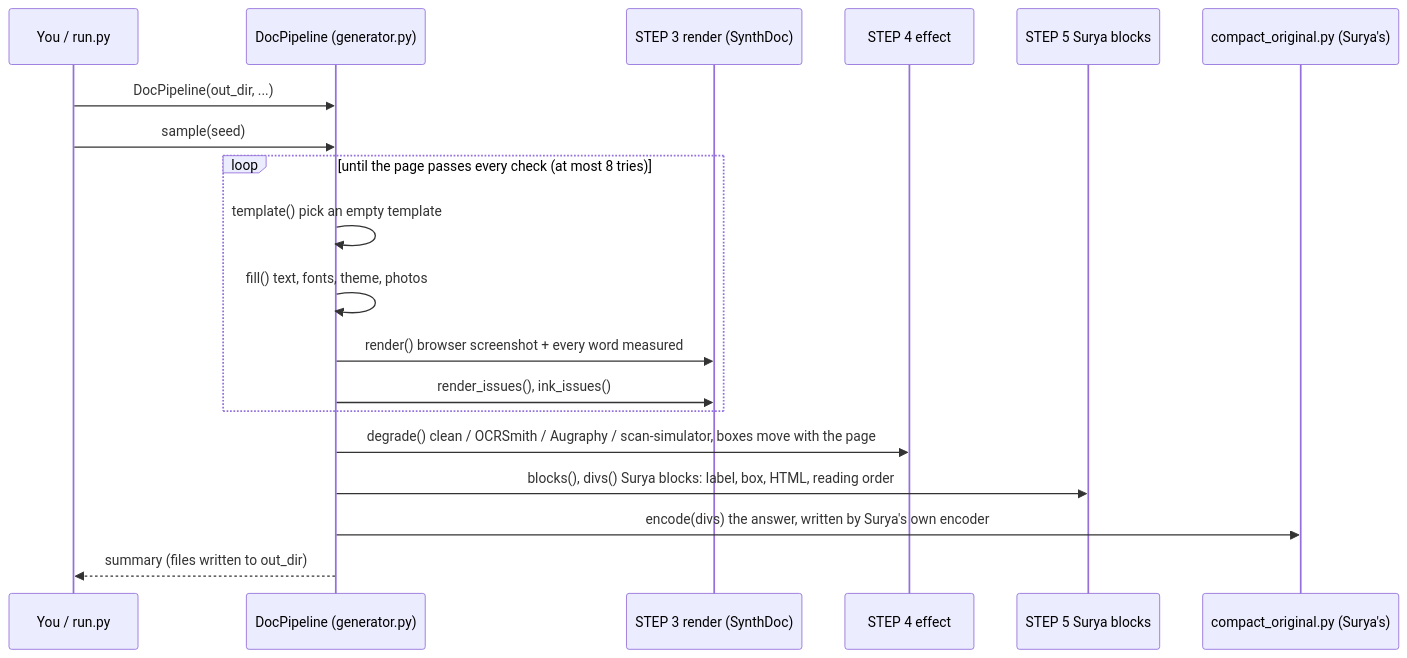
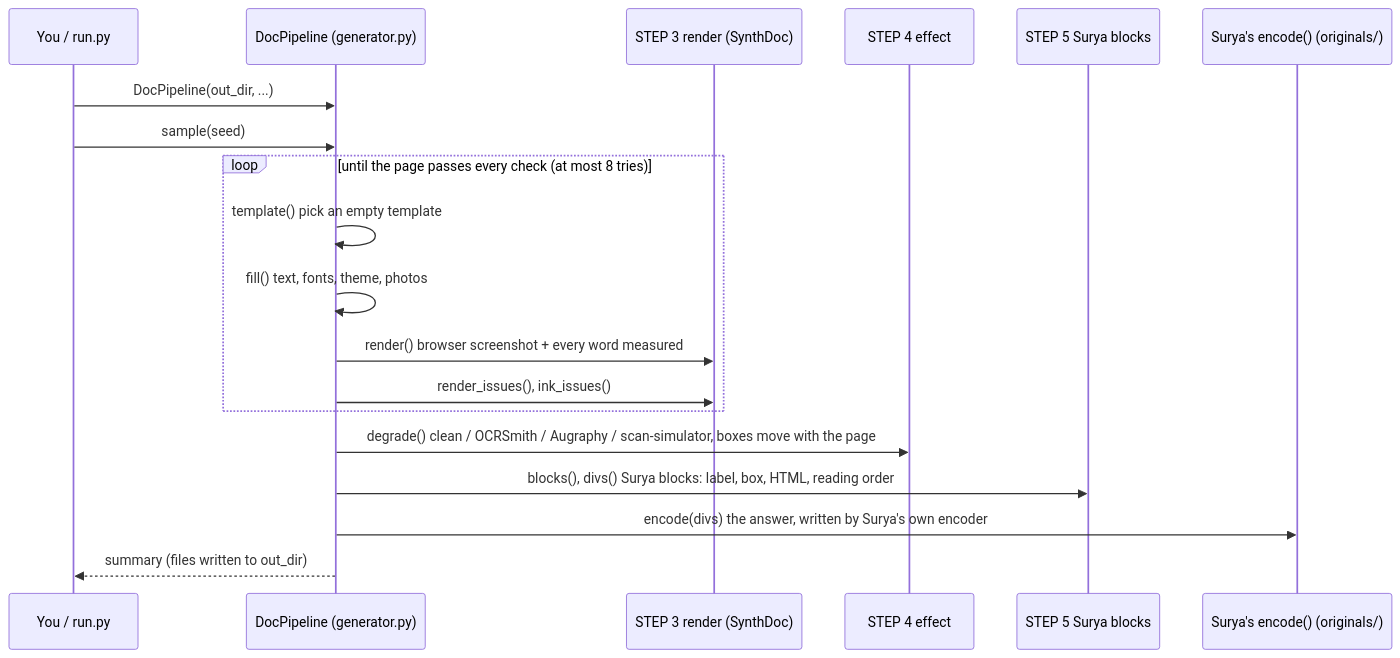
Before and after one commit to Yousef10p/OCRSynthGen: the diagram in README.md, drawn with Mermaid. The commit also changed other lines of this file and 410 other files, not shown here.

````diff
--- a/README.md
+++ b/README.md
@@ -187,21 +170,21 @@
 ```mermaid
 sequenceDiagram
     participant U as You / run.py
     participant P as DocPipeline (generator.py)
     participant R as STEP 3 render (SynthDoc)
     participant D as STEP 4 effect
     participant Y as STEP 5 Surya blocks
-    participant E as compact_original.py (Surya's)
+    participant E as Surya's encode() (originals/)
     U->>P: DocPipeline(out_dir, ...)
     U->>P: sample(seed)
     loop until the page passes every check (at most 8 tries)
         P->>P: template()  pick an empty template
         P->>P: fill()      text, fonts, theme, photos
         P->>R: render()    browser screenshot + every word measured
         P->>R: render_issues(), ink_issues()
     end
     P->>D: degrade()  clean / OCRSmith / Augraphy / scan-simulator, boxes move with the page
     P->>Y: blocks(), divs()   Surya blocks: label, box, HTML, reading order
     P->>E: encode(divs)       the answer, written by Surya's own encoder
     P-->>U: summary (files written to out_dir)
 ```
````
